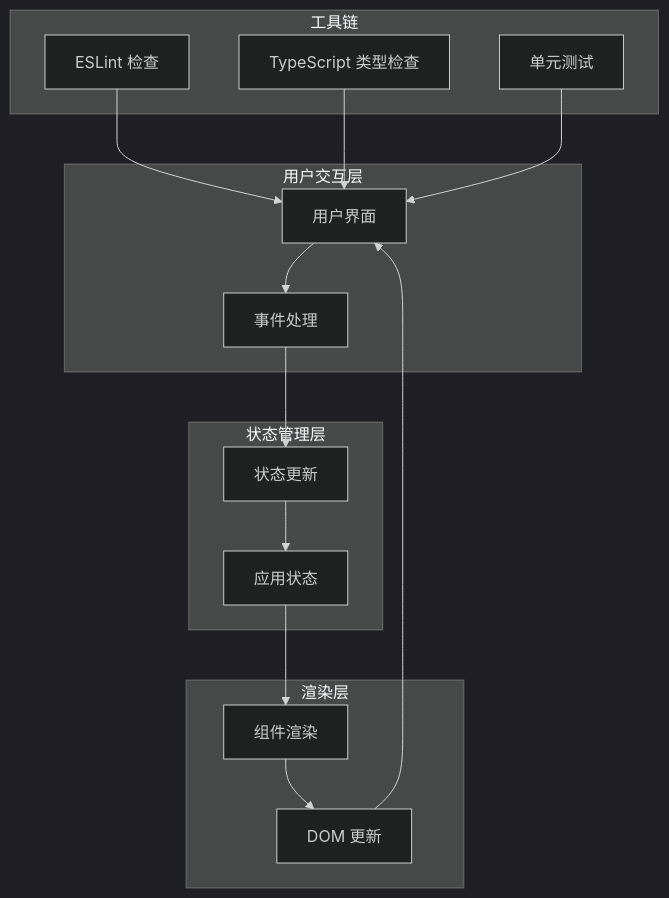
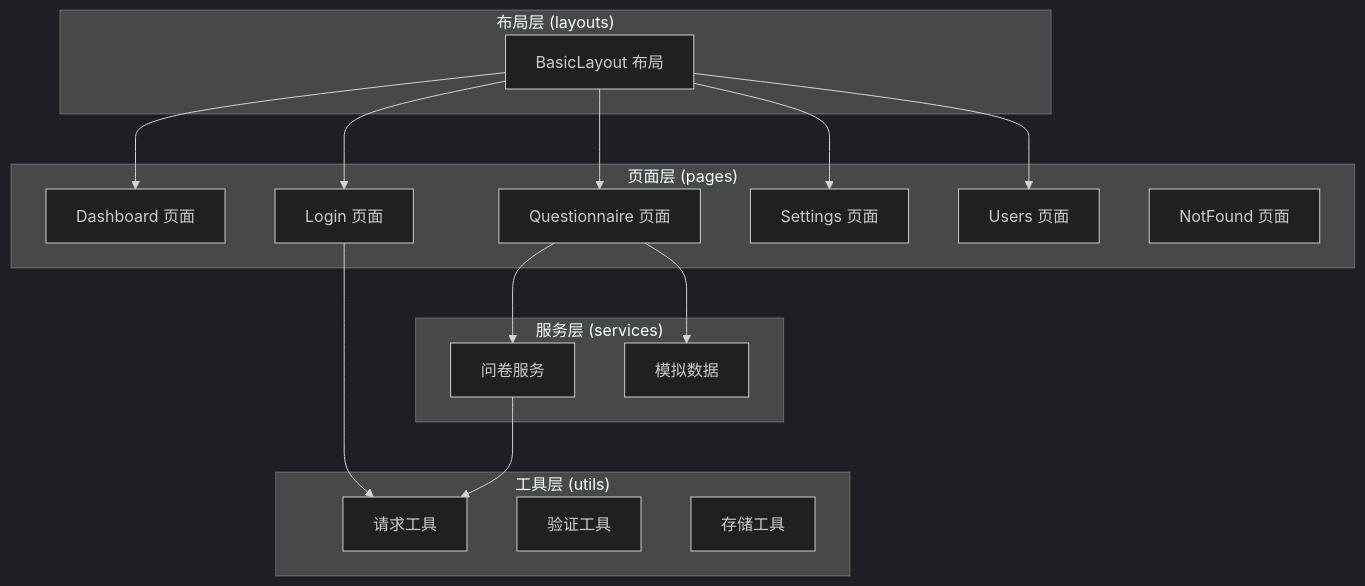
One commit to kkxxll/reactNext changed the fourth of 16 diagrams in .qoder/repowiki/zh/content/项目结构/项目结构.md. Above: the diagram before and after it, drawn with Mermaid (dark theme). The commit also changed other lines of this file and 12 other files, not shown here.

````diff
--- a/.qoder/repowiki/zh/content/项目结构/项目结构.md
+++ b/.qoder/repowiki/zh/content/项目结构/项目结构.md
@@ -192,29 +200,32 @@
 ```mermaid
-flowchart TD
-subgraph "用户交互层"
-UI[用户界面]
-Events[事件处理]
+graph TB
+subgraph "页面层 (pages)"
+Dashboard[Dashboard 页面]
+Login[Login 页面]
+Questionnaire[Questionnaire 页面]
+Settings[Settings 页面]
+Users[Users 页面]
+NotFound[NotFound 页面]
 end
-subgraph "状态管理层"
-State[应用状态]
-Reducer[状态更新]
+subgraph "布局层 (layouts)"
+BasicLayout[BasicLayout 布局]
 end
-subgraph "渲染层"
-Render[组件渲染]
-DOM[DOM 更新]
+subgraph "服务层 (services)"
+QuestionnaireService[问卷服务]
+MockData[模拟数据]
 end
-UI --> Events
-Events --> Reducer
-Reducer --> State
-State --> Render
-Render --> DOM
-DOM --> UI
-subgraph "工具链"
-Lint[ESLint 检查]
-Type[TypeScript 类型检查]
-Test[单元测试]
+subgraph "工具层 (utils)"
+Request[请求工具]
+Validation[验证工具]
+Storage[存储工具]
 end
-Lint --> UI
-Type --> UI
-Test --> UI
+BasicLayout --> Dashboard
+BasicLayout --> Login
+BasicLayout --> Questionnaire
+BasicLayout --> Settings
+BasicLayout --> Users
+Questionnaire --> QuestionnaireService
+Login --> Request
+Questionnaire --> MockData
+QuestionnaireService --> Request
 ```
````
